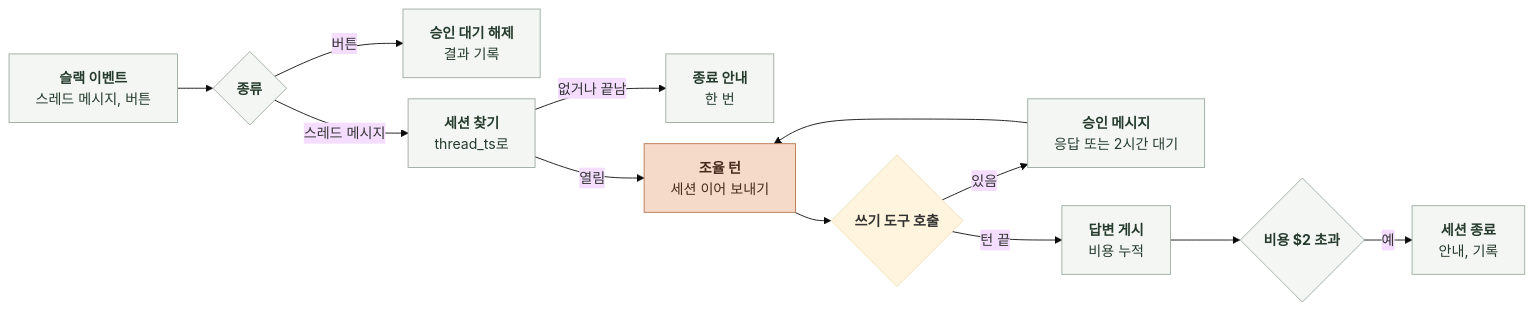
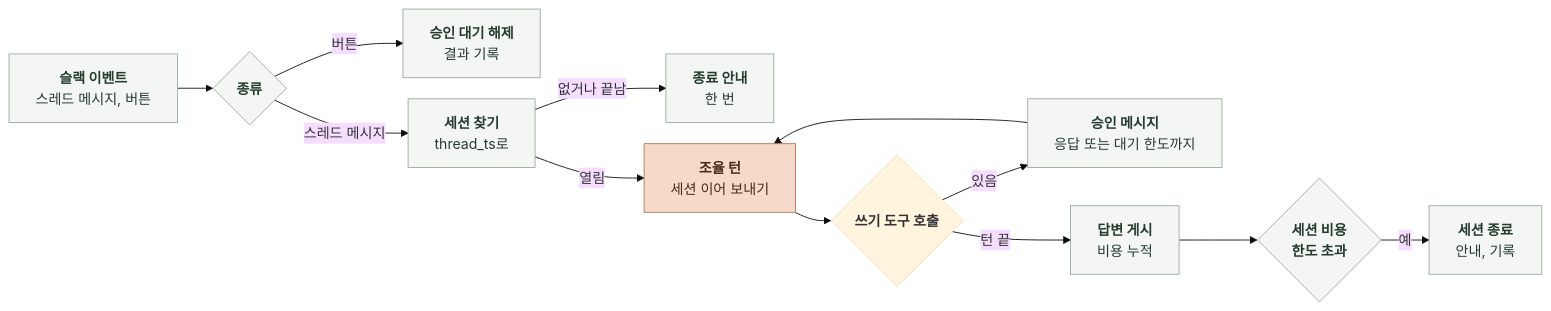
Before and after one commit to KIM-N-KANG/knk-harness: the second of 2 diagrams in docs/domain/OBSERVABILITY/AI/6-2-SOFTWARE-IMPLEMENTATION.md, drawn with Mermaid (base theme). The commit also changed other lines of this file and 16 other files, not shown here.

````diff
--- a/docs/domain/OBSERVABILITY/AI/6-2-SOFTWARE-IMPLEMENTATION.md
+++ b/docs/domain/OBSERVABILITY/AI/6-2-SOFTWARE-IMPLEMENTATION.md
@@ -117,27 +134,28 @@
 ```mermaid
 %%{init: {"flowchart": {"curve": "basis", "nodeSpacing": 24, "rankSpacing": 40}}}%%
 flowchart LR
     E["`**슬랙 이벤트**
 스레드 메시지, 버튼`"] --> B{"`**종류**`"}
     B -->|"`버튼`"| AP["`**승인 대기 해제**
 결과 기록`"]
     B -->|"`스레드 메시지`"| F["`**세션 찾기**
 thread_ts로`"]
     F -->|"`없거나 끝남`"| NO["`**종료 안내**
 한 번`"]
     F -->|"`열림`"| T["`**조율 턴**
 세션 이어 보내기`"]
     T --> H{"`**쓰기 도구 호출**`"}
     H -->|"`있음`"| RQ["`**승인 메시지**
-응답 또는 2시간 대기`"]
+응답 또는 대기 한도까지`"]
     RQ --> T
     H -->|"`턴 끝`"| PO["`**답변 게시**
 비용 누적`"]
-    PO --> BU{"`**비용 $2 초과**`"}
+    PO --> BU{"`**세션 비용
+한도 초과**`"}
     BU -->|"`예`"| CL["`**세션 종료**
 안내, 기록`"]
     classDef model fill:#F5D9C9,stroke:#B97450,color:#452B1D
     classDef code fill:#F4F6F4,stroke:#9BA99E,color:#253C2C
     class T model
     class E,B,AP,F,NO,RQ,PO,BU,CL code
 ```
````
